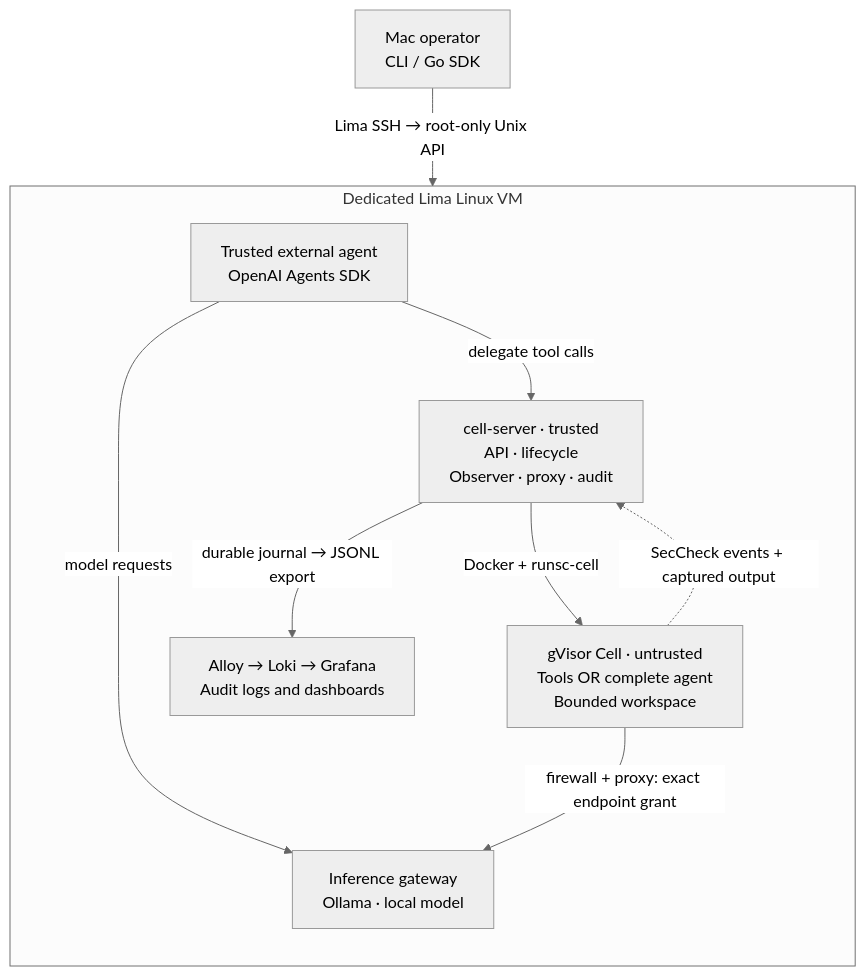
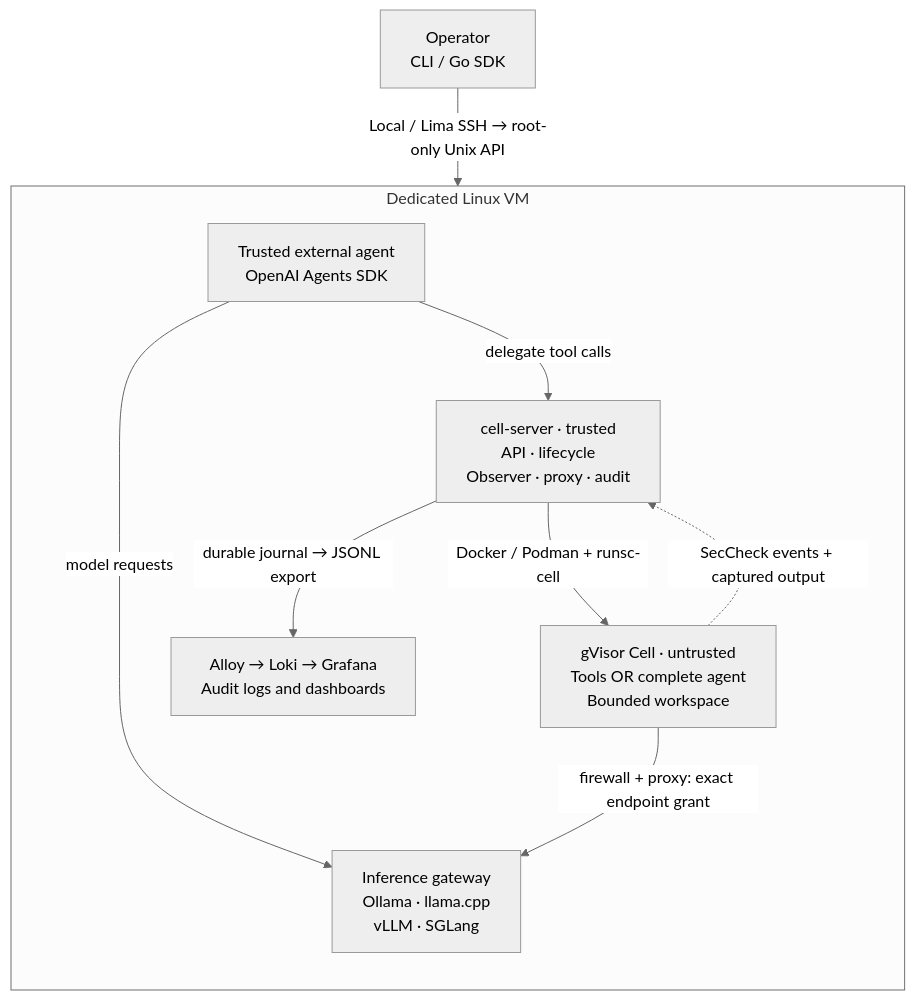
The first of 2 diagrams in README.md (sarattha/relayna-cell), drawn with Mermaid (neutral theme) before and after one commit. The commit also changed other lines of this file and 12 other files, not shown here.

Commit message:
feat: add Linux installer with engine and inference selection

````diff
--- a/README.md
+++ b/README.md
@@ -11,22 +11,22 @@
 ```mermaid
 flowchart TB
-    mac["Mac operator<br/>CLI / Go SDK"]
+    mac["Operator<br/>CLI / Go SDK"]
 
-    subgraph vm["Dedicated Lima Linux VM"]
+    subgraph vm["Dedicated Linux VM"]
         direction TB
         external["Trusted external agent<br/>OpenAI Agents SDK"]
         server["cell-server · trusted<br/>API · lifecycle<br/>Observer · proxy · audit"]
         sandbox["gVisor Cell · untrusted<br/>Tools OR complete agent<br/>Bounded workspace"]
-        inference["Inference gateway<br/>Ollama · local model"]
+        inference["Inference gateway<br/>Ollama · llama.cpp<br/>vLLM · SGLang"]
         observability["Alloy → Loki → Grafana<br/>Audit logs and dashboards"]
 
         external -->|"delegate tool calls"| server
         external -->|"model requests"| inference
-        server -->|"Docker + runsc-cell"| sandbox
+        server -->|"Docker / Podman + runsc-cell"| sandbox
         sandbox -. "SecCheck events + captured output" .-> server
         sandbox -->|"firewall + proxy: exact endpoint grant"| inference
         server -->|"durable journal → JSONL export"| observability
     end
 
-    mac -->|"Lima SSH → root-only Unix API"| server
+    mac -->|"Local / Lima SSH → root-only Unix API"| server
 ```
````
